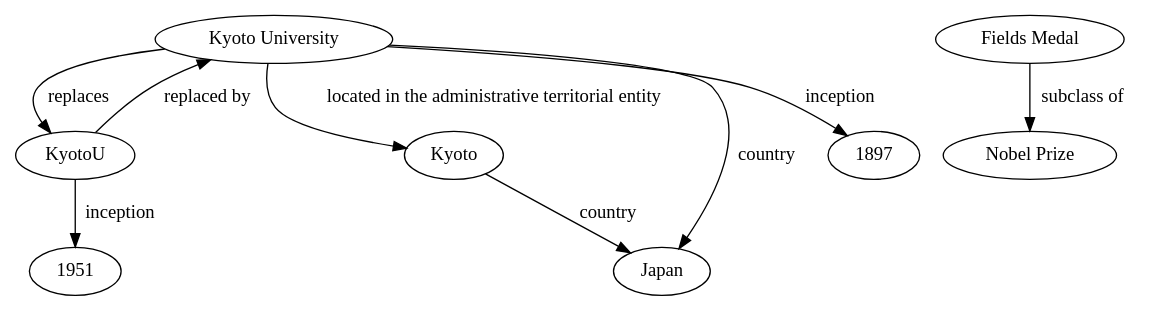
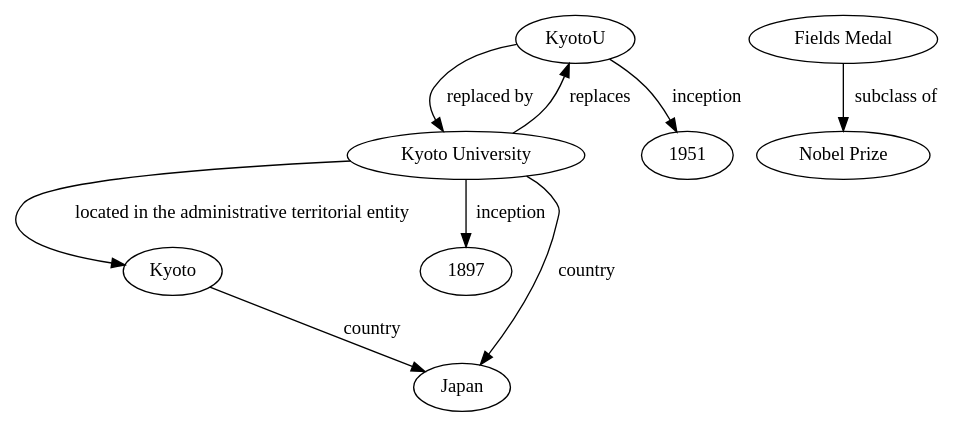
One commit to N-Shimoda/KG-MCQA changed the diagram in param-search/graphs/rebel/sent/5/Kyoto University.dot. Above: the diagram before and after it, drawn with Graphviz. The commit also changed other lines of this file and 67 other files, not shown here.

```diff
--- a/param-search/graphs/rebel/sent/5/Kyoto University.dot
+++ b/param-search/graphs/rebel/sent/5/Kyoto University.dot
@@ -1,21 +1,21 @@
 digraph RDFGraph {
 	// Nodes
+	"KyotoU";
+	"Fields Medal";
+	"Kyoto";
 	"Kyoto University";
-	"Fields Medal";
-	"KyotoU";
-	"Kyoto";
+	"1897";
 	"Japan";
+	"1951";
 	"Nobel Prize";
-	"1897";
-	"1951";
 
 	// Edges
 	"Kyoto University" -> "Kyoto" [label="located in the administrative territorial entity"];
+	"Kyoto" -> "Japan" [label="country"];
+	"Kyoto University" -> "Japan" [label="country"];
 	"Kyoto University" -> "1897" [label="inception"];
-	"Kyoto University" -> "Japan" [label="country"];
-	"Kyoto" -> "Japan" [label="country"];
 	"KyotoU" -> "Kyoto University" [label="replaced by"];
+	"KyotoU" -> "1951" [label="inception"];
 	"Fields Medal" -> "Nobel Prize" [label="subclass of"];
-	"KyotoU" -> "1951" [label="inception"];
 	"Kyoto University" -> "KyotoU" [label="replaces"];
 }
```
